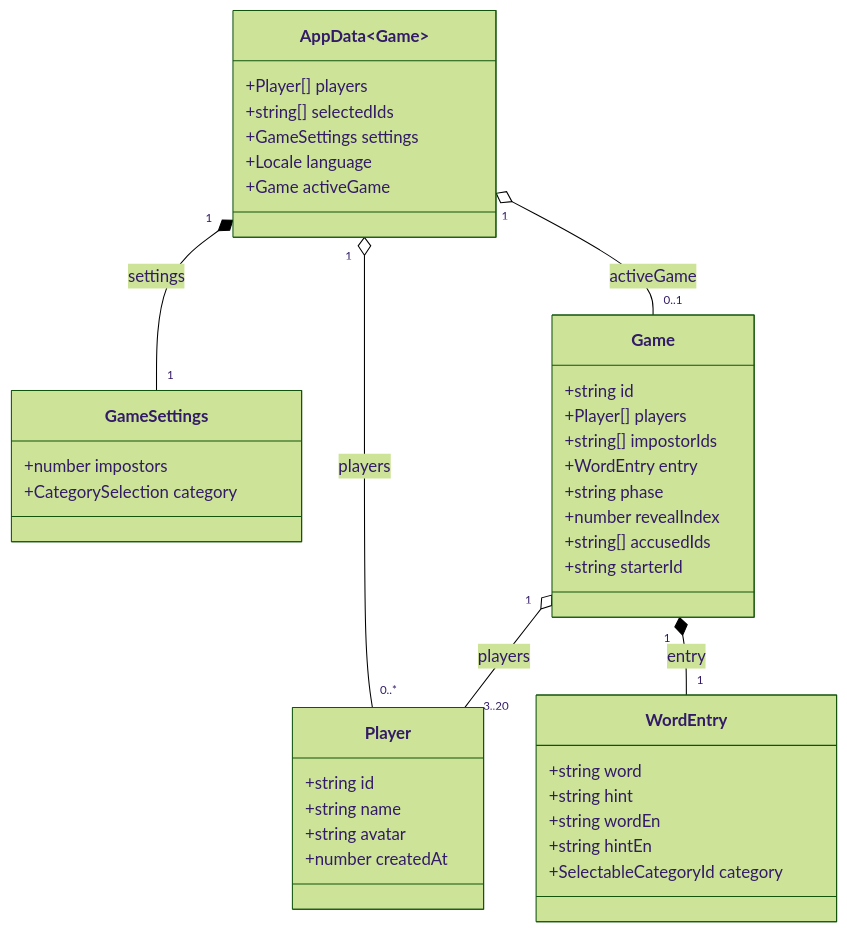
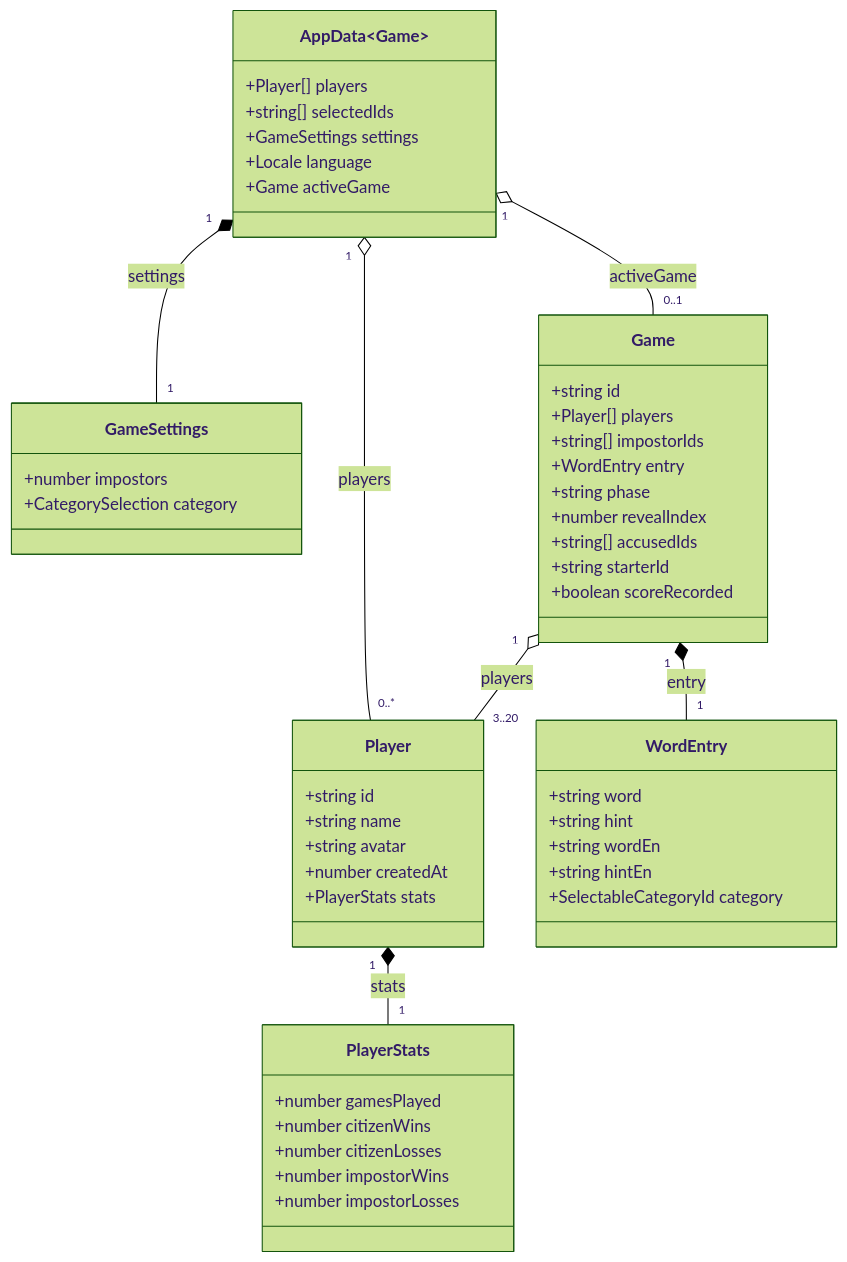
The diagram in kb/indexeddb.md (LucaSforza/ImpostorGame), drawn with Mermaid (forest theme) before and after one commit. The commit also changed other lines of this file and 10 other files, not shown here.

````diff
--- a/kb/indexeddb.md
+++ b/kb/indexeddb.md
@@ -17,42 +17,52 @@
 ```mermaid
 classDiagram
   class AppData~Game~ {
     +Player[] players
     +string[] selectedIds
     +GameSettings settings
     +Locale language
     +Game activeGame
   }
   class Player {
     +string id
     +string name
     +string avatar
     +number createdAt
+    +PlayerStats stats
+  }
+  class PlayerStats {
+    +number gamesPlayed
+    +number citizenWins
+    +number citizenLosses
+    +number impostorWins
+    +number impostorLosses
   }
   class GameSettings {
     +number impostors
     +CategorySelection category
   }
   class Game {
     +string id
     +Player[] players
     +string[] impostorIds
     +WordEntry entry
     +string phase
     +number revealIndex
     +string[] accusedIds
     +string starterId
+    +boolean scoreRecorded
   }
   class WordEntry {
     +string word
     +string hint
     +string wordEn
     +string hintEn
     +SelectableCategoryId category
   }
   AppData~Game~ "1" o-- "0..*" Player : players
+  Player "1" *-- "1" PlayerStats : stats
   AppData~Game~ "1" *-- "1" GameSettings : settings
   AppData~Game~ "1" o-- "0..1" Game : activeGame
   Game "1" o-- "3..20" Player : players
   Game "1" *-- "1" WordEntry : entry
 ```
````
